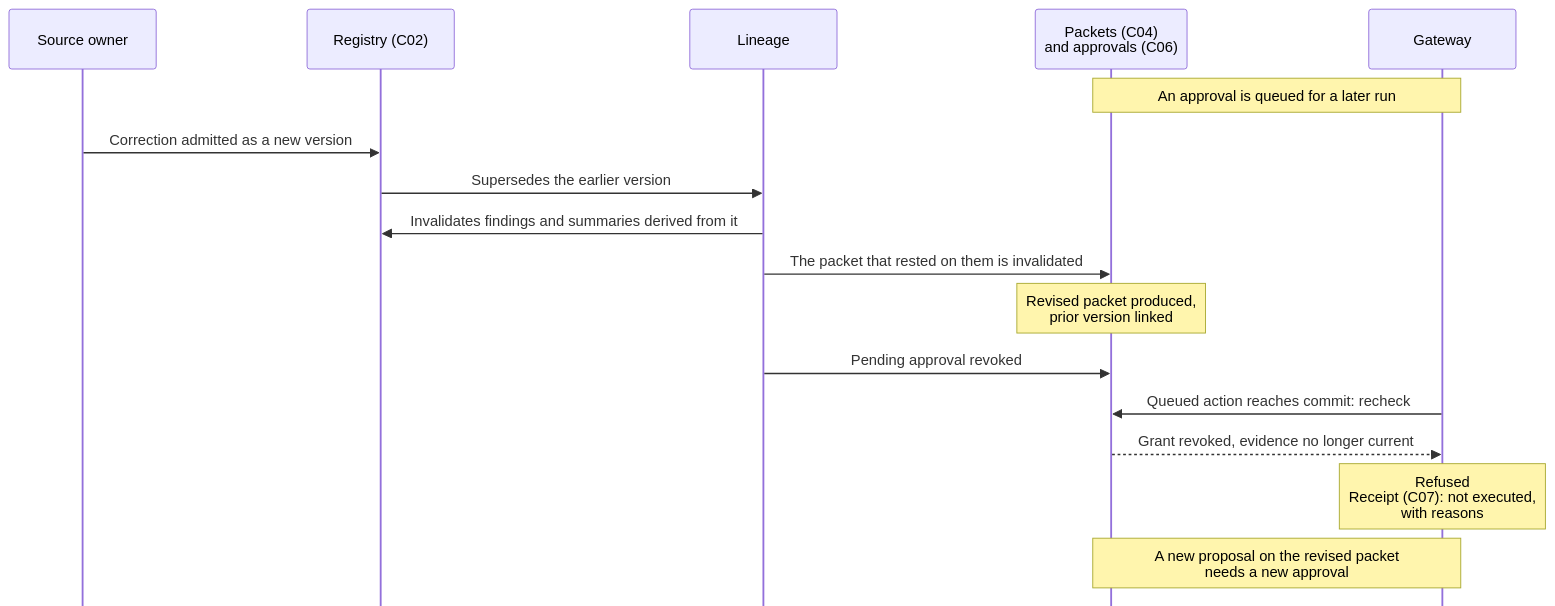
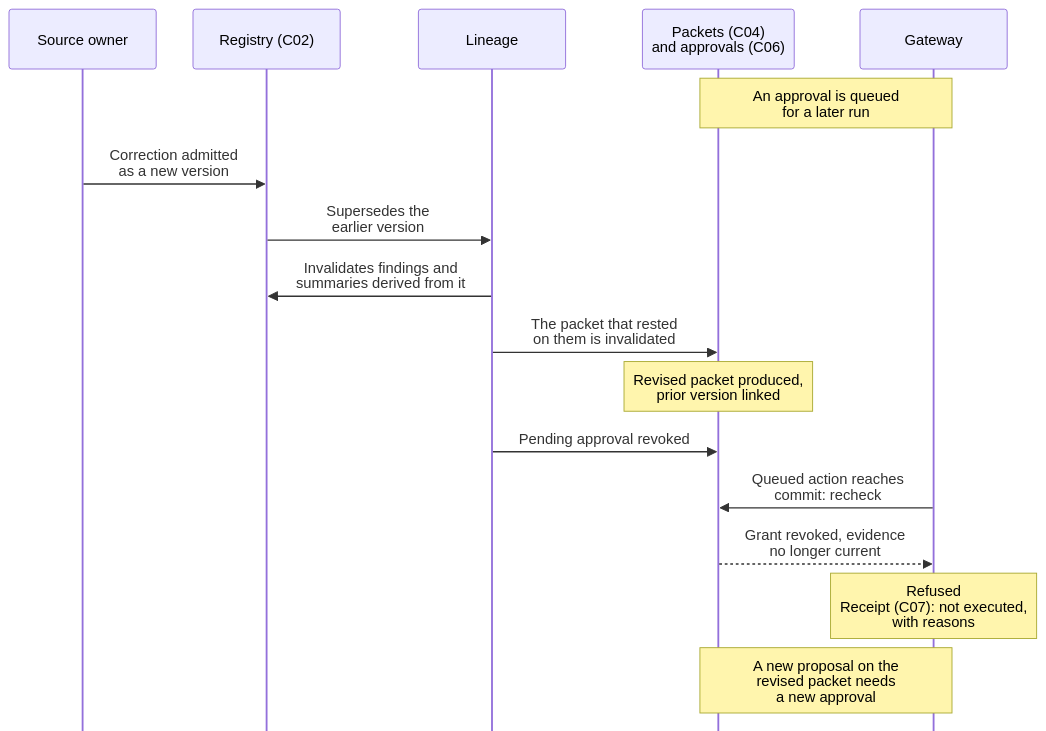
Before and after one commit to andygeorgi/evidence-at-human-scale: the diagram in figures/src/F10.mmd, drawn with Mermaid. The commit also changed 21 other files, not shown here.

```diff
--- a/figures/src/F10.mmd
+++ b/figures/src/F10.mmd
@@ -1,20 +1,20 @@
 %%{init: {"sequence": {"actorMargin": 40, "width": 160, "messageMargin": 30, "mirrorActors": false}}}%%
 sequenceDiagram
     accTitle: A late correction reaches a pending approval
     accDescr: After an approval is queued, a corrected source record is admitted. It supersedes the earlier version and invalidates what was derived from it. The packet that rested on those derivatives is invalidated, a revised packet is produced and the pending approval is revoked. When the queued action reaches the gateway it is refused because the grant is revoked and the evidence is no longer current, and a not-executed receipt records why. A new proposal on the revised packet needs a new approval.
     participant S as Source owner
     participant E as Registry (C02)
     participant L as Lineage
     participant P as Packets (C04)<br/>and approvals (C06)
     participant G as Gateway
-    Note over P,G: An approval is queued for a later run
-    S->>E: Correction admitted as a new version
-    E->>L: Supersedes the earlier version
-    L->>E: Invalidates findings and summaries derived from it
-    L->>P: The packet that rested on them is invalidated
+    Note over P,G: An approval is queued<br/>for a later run
+    S->>E: Correction admitted<br/>as a new version
+    E->>L: Supersedes the<br/>earlier version
+    L->>E: Invalidates findings and<br/>summaries derived from it
+    L->>P: The packet that rested<br/>on them is invalidated
     Note over P: Revised packet produced,<br/>prior version linked
     L->>P: Pending approval revoked
-    G->>P: Queued action reaches commit: recheck
-    P-->>G: Grant revoked, evidence no longer current
+    G->>P: Queued action reaches<br/>commit: recheck
+    P-->>G: Grant revoked, evidence<br/>no longer current
     Note over G: Refused<br/>Receipt (C07): not executed,<br/>with reasons
-    Note over P,G: A new proposal on the revised packet<br/>needs a new approval
+    Note over P,G: A new proposal on the<br/>revised packet needs<br/>a new approval
```
